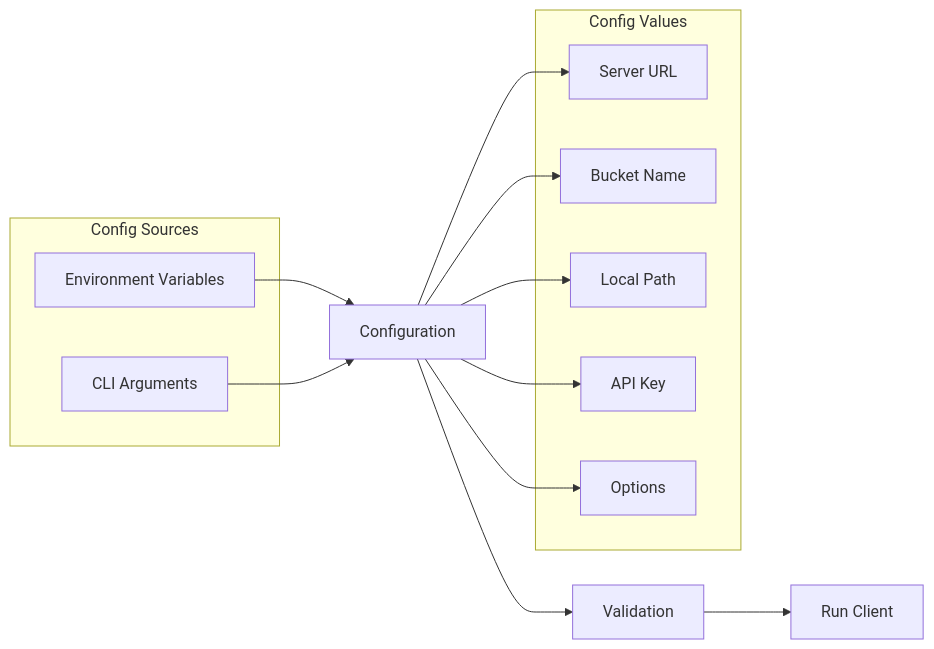
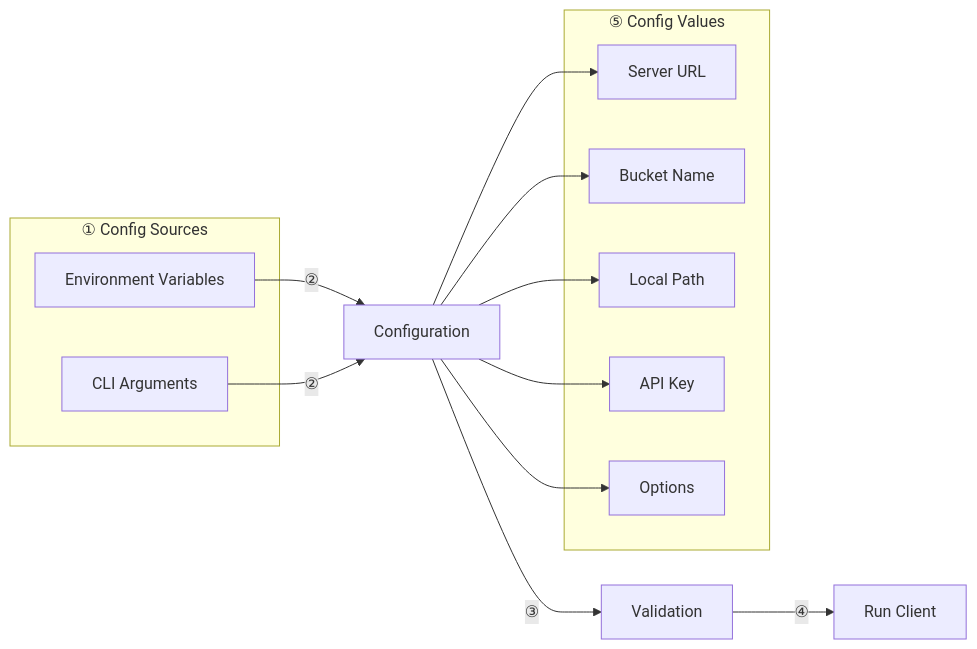
The seventh of 8 diagrams in docs/architecture.md (albertsdk/hsync-client), drawn with Mermaid before and after one commit. The commit also changed other lines of this file and 21 other files, not shown here.

First line of the commit message:
Add numbered phases to documentation diagrams

````diff
--- a/docs/architecture.md
+++ b/docs/architecture.md
@@ -267,26 +268,26 @@
 ```mermaid
 flowchart LR
-    ENV[Environment Variables] --> CFG[Configuration]
-    CLI[CLI Arguments] --> CFG
-    CFG --> VALIDATE[Validation]
-    VALIDATE --> RUN[Run Client]
-
-    subgraph "Config Sources"
-        ENV
-        CLI
+    subgraph "① Config Sources"
+        ENV[Environment Variables]
+        CLI[CLI Arguments]
     end
 
-    subgraph "Config Values"
+    ENV -->|"②"| CFG[Configuration]
+    CLI -->|"②"| CFG
+    CFG -->|"③"| VALIDATE[Validation]
+    VALIDATE -->|"④"| RUN[Run Client]
+
+    subgraph "⑤ Config Values"
         S[Server URL]
         B[Bucket Name]
         P[Local Path]
         K[API Key]
         O[Options]
     end
 
     CFG --> S
     CFG --> B
     CFG --> P
     CFG --> K
     CFG --> O
 ```
````
